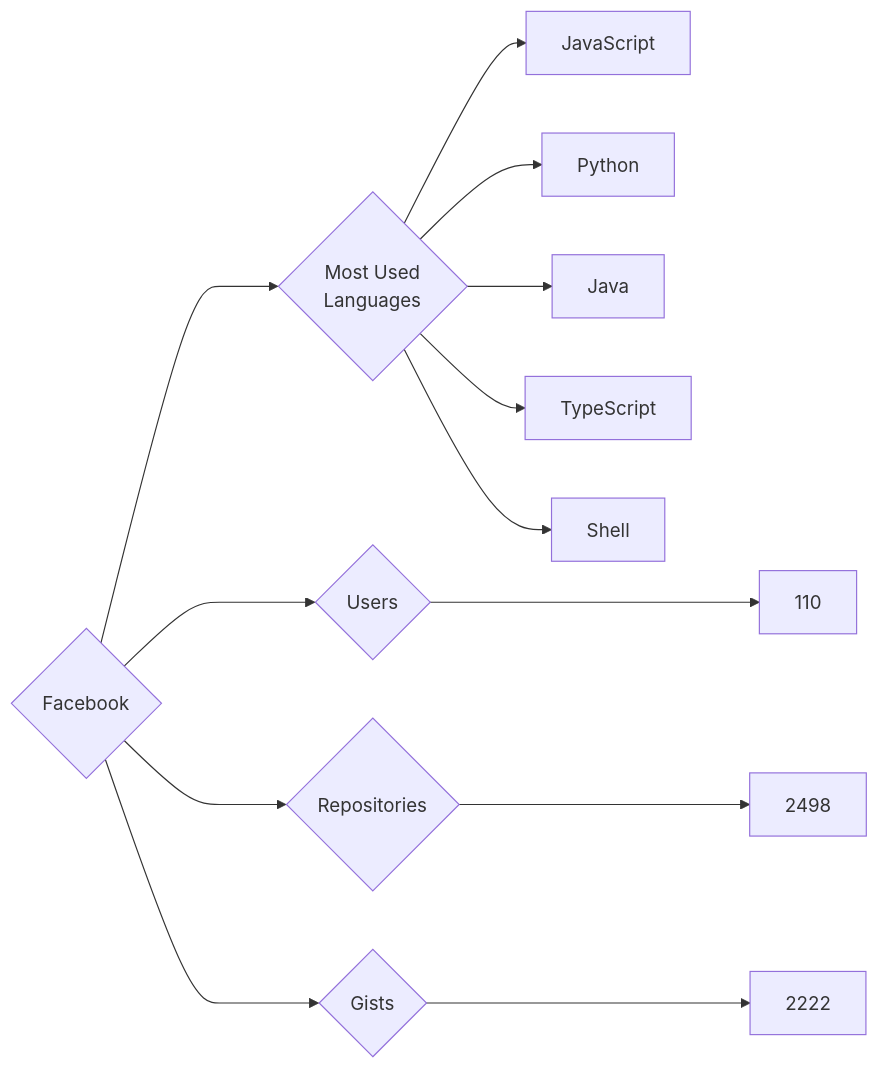
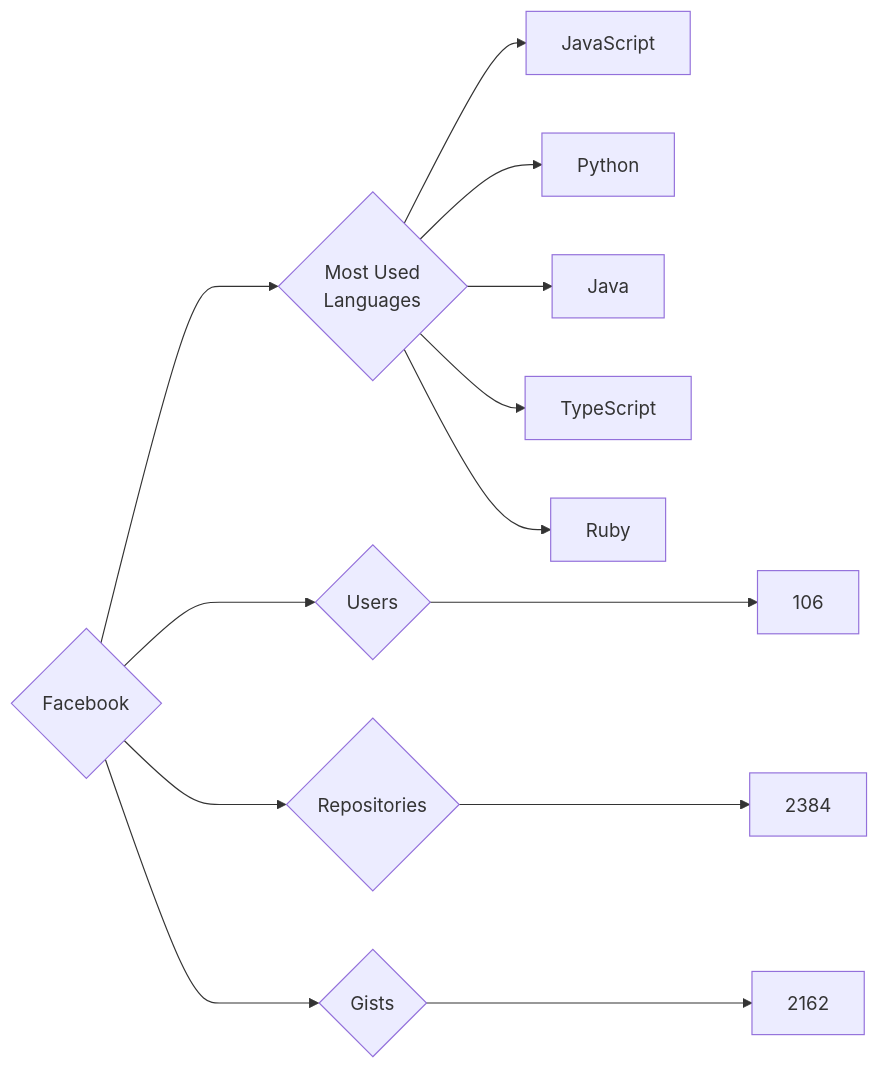
Before and after one commit to trickest/insiders: the diagram in targets/Facebook/README.md, drawn with Mermaid. The commit also changed 1314 other files, not shown here.

````diff
--- a/targets/Facebook/README.md
+++ b/targets/Facebook/README.md
@@ -3,13 +3,13 @@
 ```mermaid
 graph LR
 COMPANY_NAME{Facebook}
-COMPANY_NAME ---> U{Users} ---> UN[110]
-COMPANY_NAME ---> R{Repositories} ---> RN[2498]
-COMPANY_NAME ---> G{Gists} ---> GN[2222]
+COMPANY_NAME ---> U{Users} ---> UN[106]
+COMPANY_NAME ---> R{Repositories} ---> RN[2384]
+COMPANY_NAME ---> G{Gists} ---> GN[2162]
 COMPANY_NAME ---> ML{Most Used<br>Languages}
 ML --> JavaScript[JavaScript]
 ML --> Python[Python]
 ML --> Java[Java]
 ML --> TypeScript[TypeScript]
-ML --> Shell[Shell]
+ML --> Ruby[Ruby]
 ```
````
